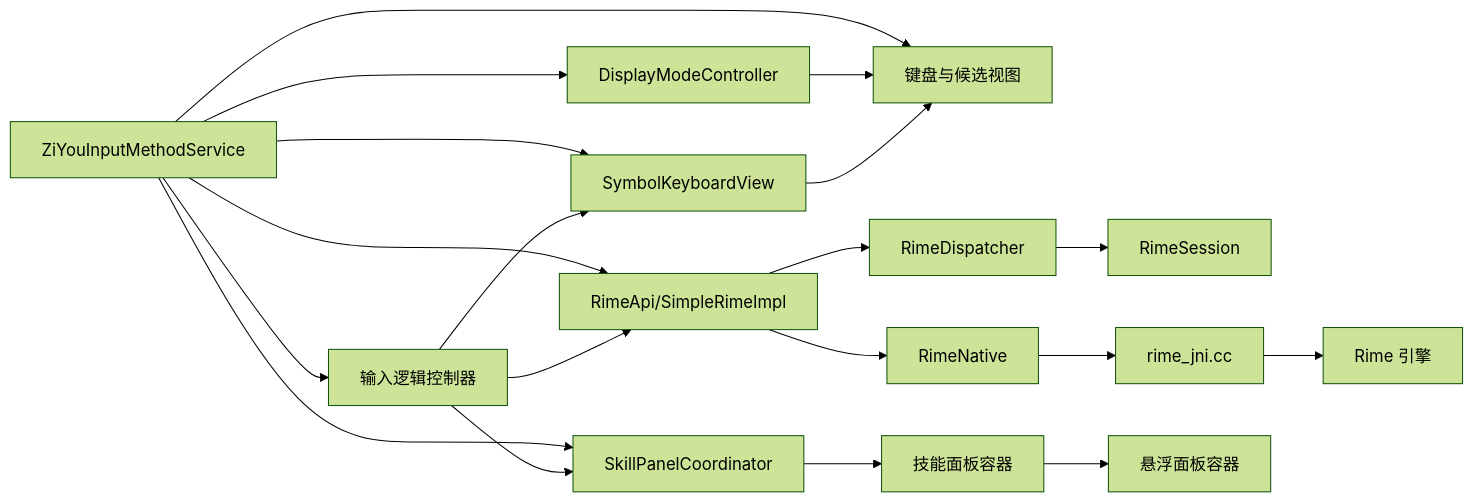
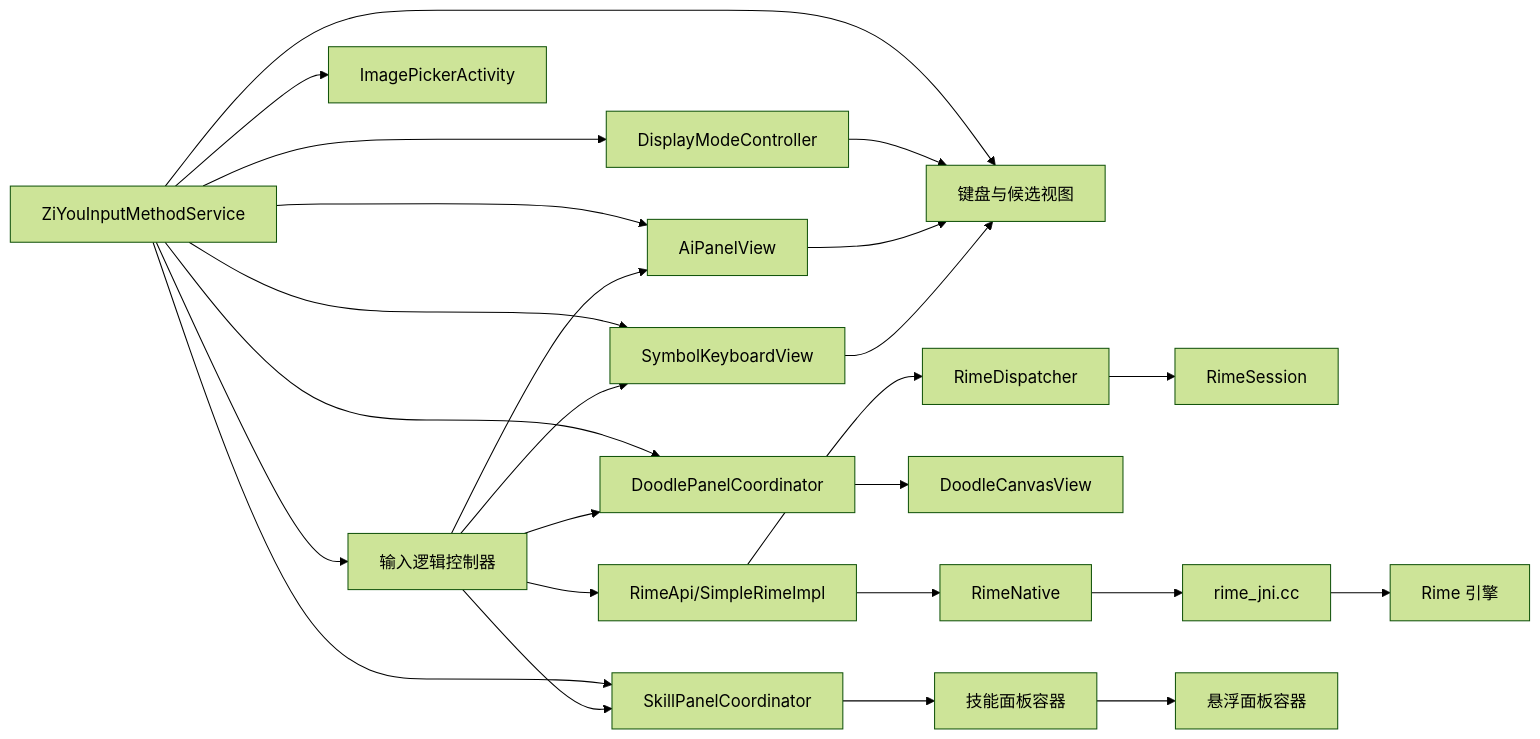
The sixth of 6 diagrams in .qoder/repowiki/zh/content/输入法服务.md (qiaodashaoye/ziyou-ime), drawn with Mermaid (forest theme) before and after one commit. The commit also changed other lines of this file and 3 other files, not shown here.

````diff
--- a/.qoder/repowiki/zh/content/输入法服务.md
+++ b/.qoder/repowiki/zh/content/输入法服务.md
@@ -563,21 +723,27 @@
 ```mermaid
 graph LR
 Service["ZiYouInputMethodService"] --> ModeController["DisplayModeController"]
 Service --> SkillCoordinator["SkillPanelCoordinator"]
+Service --> AiPanel["AiPanelView"]
+Service --> DoodleCoordinator["DoodlePanelCoordinator"]
 Service --> SymbolView["SymbolKeyboardView"]
 Service --> Views["键盘与候选视图"]
 Service --> InputController["输入逻辑控制器"]
-Service --> Core["RimeApi/SimpleRimeImpl"]
+Service --> ImagePicker["ImagePickerActivity"]
 ModeController --> Views
 SkillCoordinator --> SkillPanel["技能面板容器"]
+AiPanel --> Views
+DoodleCoordinator --> DoodleCanvas["DoodleCanvasView"]
 SymbolView --> Views
+InputController --> SkillCoordinator
+InputController --> AiPanel
+InputController --> DoodleCoordinator
+InputController --> SymbolView
+InputController --> Core["RimeApi/SimpleRimeImpl"]
 Core --> Dispatcher["RimeDispatcher"]
 Core --> Native["RimeNative"]
 Dispatcher --> Session["RimeSession"]
 Native --> JNI["rime_jni.cc"]
 JNI --> Engine["Rime 引擎"]
 SkillPanel --> FloatingPanel["悬浮面板容器"]
-InputController --> SkillCoordinator
-InputController --> SymbolView
-InputController --> Core
 ```
````
